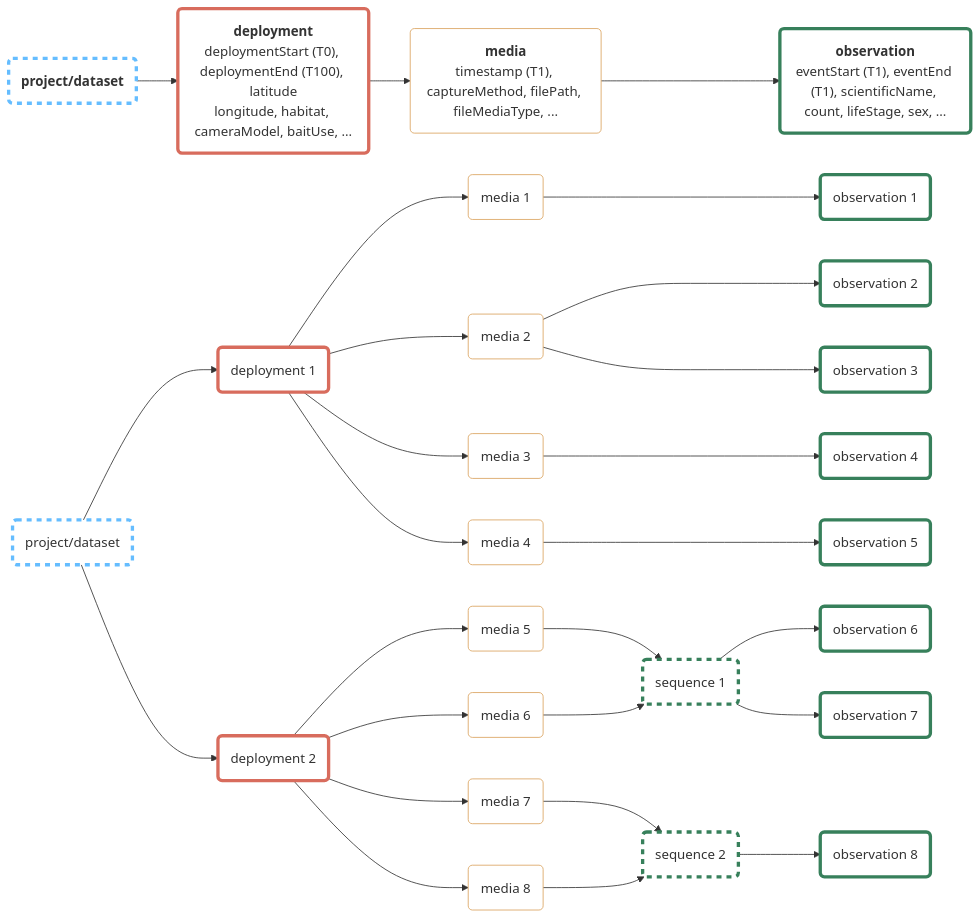
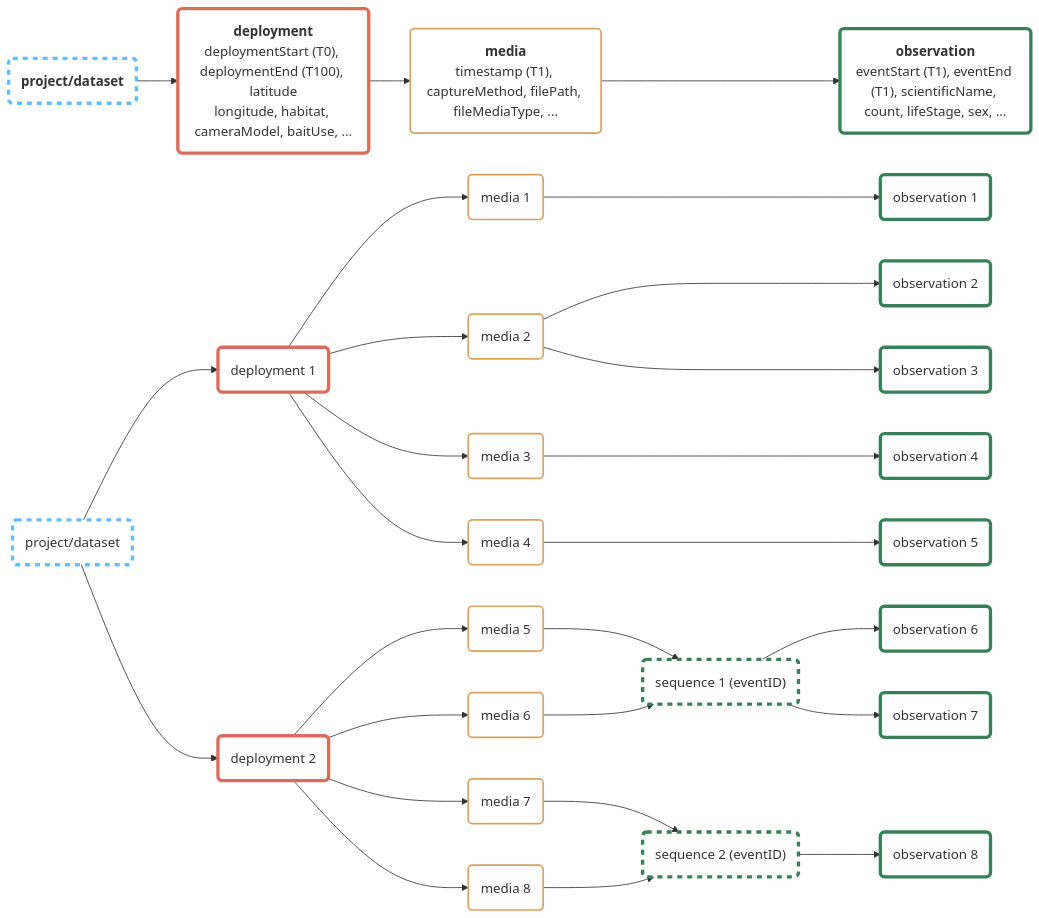
Before and after one commit to inbo/dwc-event-workshop: the diagram in data/camtrap_dp/README.md, drawn with Mermaid. The commit also changed 1 other file, not shown here.

Commit message:
Use thicker border and indicate eventID for sequences

````diff
--- a/data/camtrap_dp/README.md
+++ b/data/camtrap_dp/README.md
@@ -1,64 +1,64 @@
 ```mermaid
 flowchart LR
     classDef prj_event fill:#fff,stroke:#65BDFF,stroke-width:4px,stroke-dasharray:6;
     classDef dep_event fill:#fff,stroke:#D86C5D,stroke-width:4px;
     classDef obs_event fill:#fff,stroke:#37805B,stroke-width:4px;
     classDef seq_event fill:#fff,stroke:#37805B,stroke-width:4px,stroke-dasharray:6;
-    classDef med_file fill:#fff,stroke:#DAA25E,stroke-width:1px;
+    classDef med_file fill:#fff,stroke:#DAA25E,stroke-width:2px;
 
     prj0("`**project/dataset**`"):::prj_event
     dep0("`**deployment**
         deploymentStart (T0), deploymentEnd (T100), latitude
         longitude, habitat, cameraModel, baitUse, ...`"):::dep_event
     medfile0("`**media**
         timestamp (T1), captureMethod, filePath, fileMediaType, ...`"):::med_file
     obs0("`**observation**
         eventStart (T1), eventEnd (T1), scientificName, count, lifeStage, sex, ...`"):::obs_event
     prj0 --> dep0 --> medfile0 ---> obs0
 
     prj1("project/dataset"):::prj_event
     
     dep1("deployment 1"):::dep_event
     medfile1("media 1"):::med_file
     medfile2("media 2"):::med_file
     medfile3("media 3"):::med_file
     medfile4("media 4"):::med_file
     obs1("observation 1"):::obs_event
     obs2("observation 2"):::obs_event
     obs3("observation 3"):::obs_event
     obs4("observation 4"):::obs_event
     obs5("observation 5"):::obs_event
     prj1 --> dep1
     dep1 --> medfile1
     dep1 --> medfile2
     dep1 --> medfile3
     dep1 --> medfile4
     medfile1 ---> obs1
     medfile2 ---> obs2
     medfile2 ---> obs3
     medfile3 ---> obs4
     medfile4 ---> obs5
 
     dep2("deployment 2"):::dep_event
     medfile5("media 5"):::med_file
     medfile6("media 6"):::med_file
     medfile7("media 7"):::med_file
     medfile8("media 8"):::med_file
-    seq1("sequence 1"):::seq_event
-    seq2("sequence 2"):::seq_event
+    seq1("sequence 1 (eventID)"):::seq_event
+    seq2("sequence 2 (eventID)"):::seq_event
     obs6("observation 6"):::obs_event
     obs7("observation 7"):::obs_event
     obs8("observation 8"):::obs_event
     prj1 --> dep2
     dep2 --> medfile5
     dep2 --> medfile6
     dep2 --> medfile7
     dep2 --> medfile8
     medfile5 --> seq1
     medfile6 --> seq1
     medfile7 --> seq2
     medfile8 --> seq2
     seq1 --> obs6
     seq1 --> obs7
     seq2 --> obs8
 ```
````
